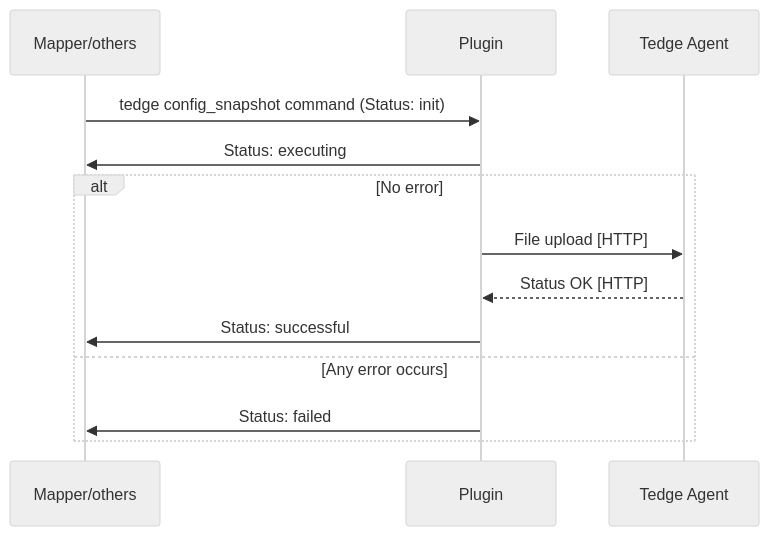
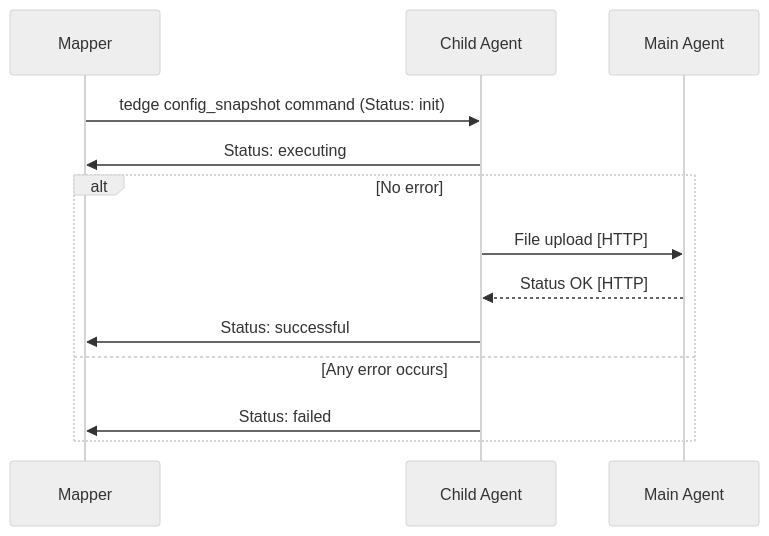
Before and after one commit to thin-edge/thin-edge.io: the first of 2 diagrams in docs/src/references/agent/tedge-configuration-management.md, drawn with Mermaid (neutral theme). The commit also changed other lines of this file and 1 other file, not shown here.

First line of the commit message:
Update Log/Config operation documentation

````diff
--- a/docs/src/references/agent/tedge-configuration-management.md
+++ b/docs/src/references/agent/tedge-configuration-management.md
@@ -180,16 +170,16 @@
 ```mermaid
 sequenceDiagram
-  participant Mapper/others
-  participant Plugin
-  participant Tedge Agent
+  participant Mapper
+  participant Child Agent
+  participant Main Agent
 
-  Mapper/others->>Plugin: tedge config_snapshot command (Status: init)
-  Plugin->>Mapper/others: Status: executing
+  Mapper->>Child Agent: tedge config_snapshot command (Status: init)
+  Child Agent->>Mapper: Status: executing
   alt No error
-    Plugin->>Tedge Agent: File upload [HTTP]
-    Tedge Agent-->> Plugin: Status OK [HTTP]
-    Plugin->>Mapper/others: Status: successful
+    Child Agent->>Main Agent: File upload [HTTP]
+    Main Agent-->> Child Agent: Status OK [HTTP]
+    Child Agent->>Mapper: Status: successful
   else Any error occurs
-    Plugin->>Mapper/others: Status: failed
+    Child Agent->>Mapper: Status: failed
   end
 ```
````
